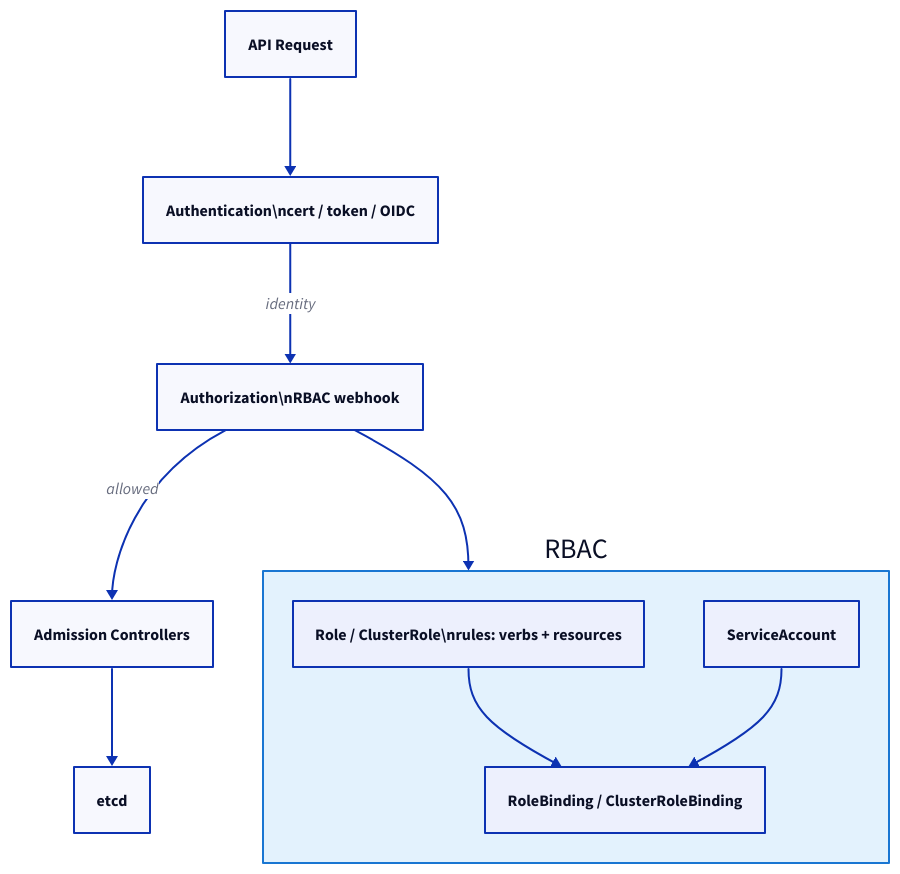
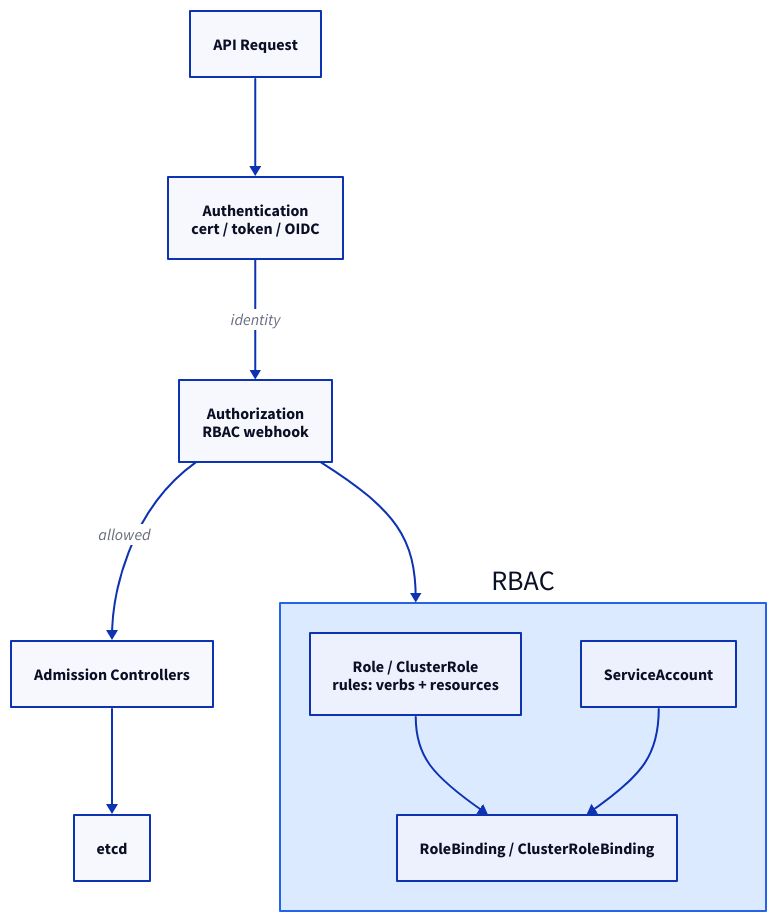
One commit to rebash-rebash/rebash-academy changed the diagram in docs/kubernetes/rbac-and-kubernetes-security-basics.md. Above: the diagram before and after it, drawn with D2. The commit also changed other lines of this file and 177 other files, not shown here.

First line of the commit message:
Ship Terraform track, diagram polish, and new brand favicon.

````diff
--- a/docs/kubernetes/rbac-and-kubernetes-security-basics.md
+++ b/docs/kubernetes/rbac-and-kubernetes-security-basics.md
@@ -56,26 +56,26 @@
 ```d2
 direction: down
 
 REQ: "API Request"
-    AUTHN: "Authentication\\ncert / token / OIDC"
-    AUTHZ: "Authorization\\nRBAC webhook"
+    AUTHN: "Authentication\ncert / token / OIDC"
+    AUTHZ: "Authorization\nRBAC webhook"
     ADM: "Admission Controllers"
     ETCD: etcd
     REQ -> AUTHN
     AUTHN -> AUTHZ: identity
     AUTHZ -> ADM: allowed
     ADM -> ETCD
     RBAC: "RBAC Objects" {
       style: {
-        fill: "#e3f2fd"
-        stroke: "#1976d2"
+        fill: "#dbeafe"
+        stroke: "#2563eb"
       }
-        ROLE: "Role / ClusterRole\\nrules: verbs + resources"
+        ROLE: "Role / ClusterRole\nrules: verbs + resources"
         BIND: "RoleBinding / ClusterRoleBinding"
         SA: ServiceAccount
         ROLE -> BIND
         SA -> BIND
     }
     RBAC: RBAC
     AUTHZ -> RBAC
 ```
````
